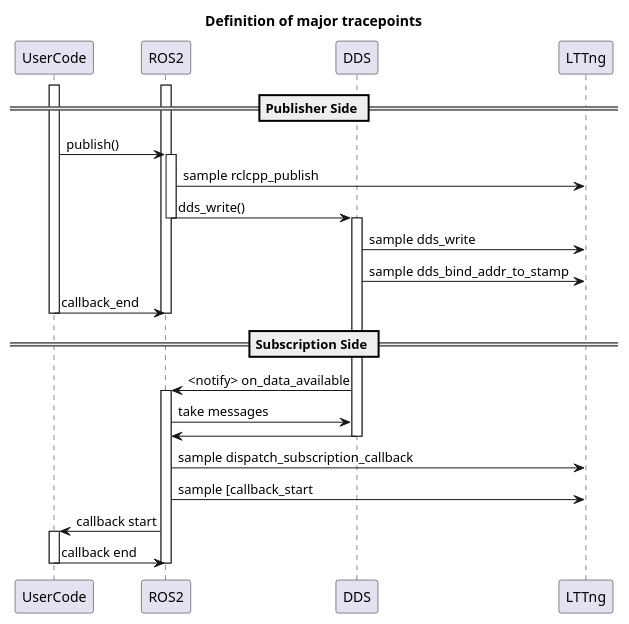
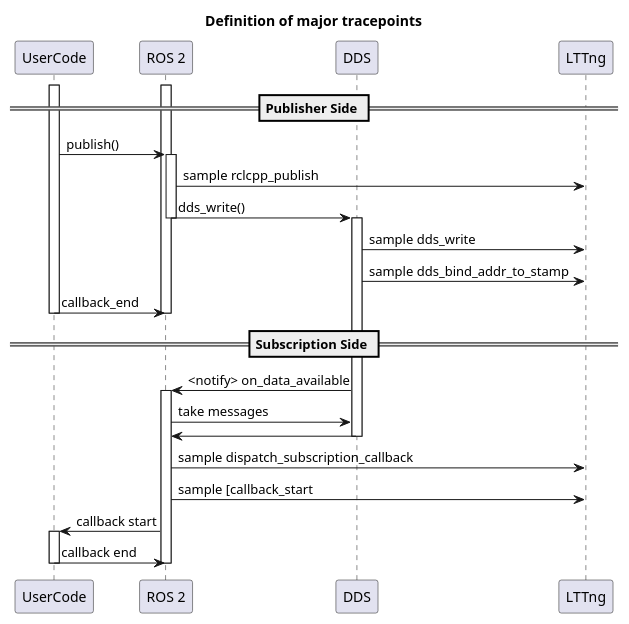
Before and after one commit to tier4/caret_doc: the second of 2 diagrams in docs/design/event_and_latency_definitions/communication.md, drawn with PlantUML. The commit also changed 1 other file, not shown here.

````diff
--- a/docs/design/event_and_latency_definitions/communication.md
+++ b/docs/design/event_and_latency_definitions/communication.md
@@ -86,49 +86,49 @@
 ```plantuml
 @startuml
 title: Definition of major tracepoints
 
 participant UserCode
-participant "ROS2" as ROS2
+participant "ROS 2" as ROS2
 participant DDS
 participant LTTng
 
 == Publisher Side ==
 
 
 activate ROS2
 activate UserCode
 UserCode -> ROS2: publish()
 activate ROS2
 ROS2 -> LTTng: sample rclcpp_publish
 
 
 ROS2 -> DDS: dds_write()
 deactivate ROS2
 activate DDS
 DDS -> LTTng: sample dds_write
 DDS -> LTTng: sample dds_bind_addr_to_stamp
 
 UserCode -> ROS2 : callback_end
 deactivate UserCode
 deactivate ROS2
 
 
 == Subscription Side ==
 
 
 DDS -> ROS2: <notify> on_data_available
 activate ROS2
 
 ROS2 -> DDS :  take messages
 DDS -> ROS2
 deactivate DDS
 ROS2 -> LTTng: sample dispatch_subscription_callback
 ROS2 -> LTTng: sample [callback_start
 ROS2 -> UserCode: callback start
 activate UserCode
 UserCode -> ROS2: callback end
 deactivate UserCode
 
 deactivate ROS2
 @enduml
 ```
````
